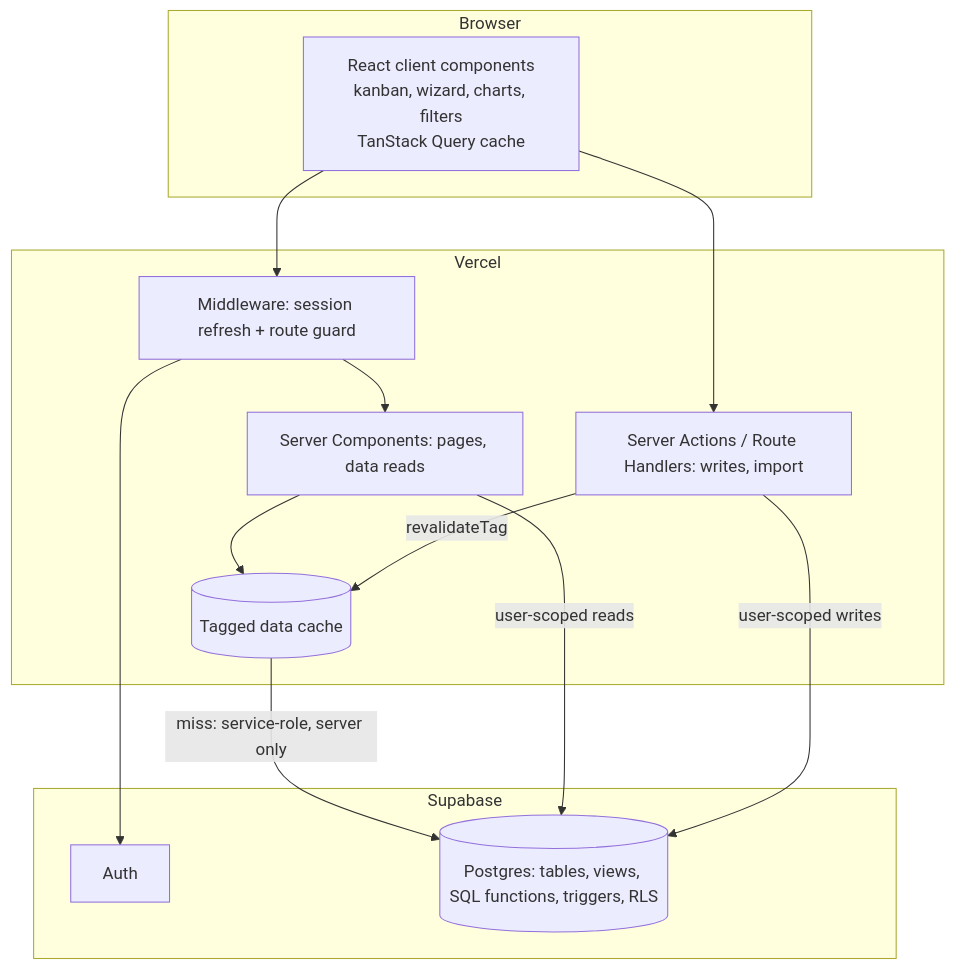
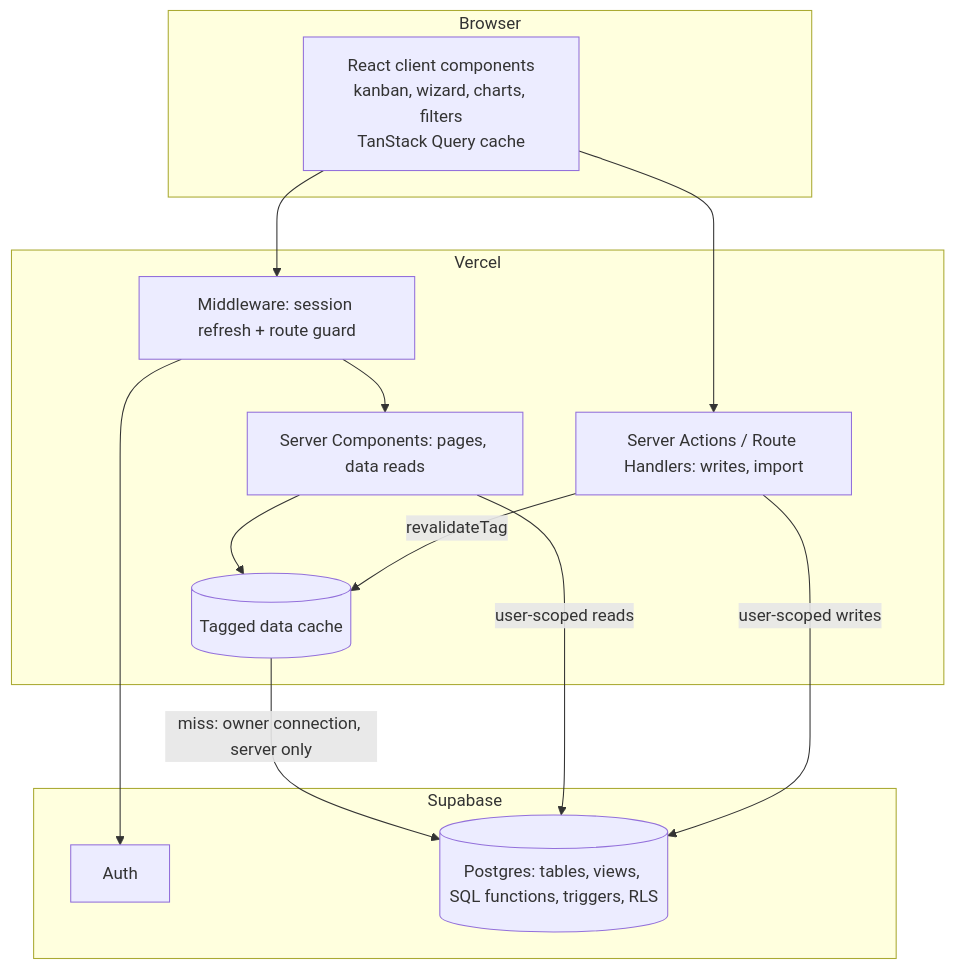
Before and after one commit to ashikulislamm/pse_dashboard: the second of 10 diagrams in ARCHITECURE.md, drawn with Mermaid. The commit also changed other lines of this file and 38 other files, not shown here.

````diff
--- a/ARCHITECURE.md
+++ b/ARCHITECURE.md
@@ -45,24 +45,24 @@
 ```mermaid
 flowchart TB
   subgraph Browser
     RC[React client components<br/>kanban, wizard, charts, filters<br/>TanStack Query cache]
   end
   subgraph Vercel
     MW[Middleware: session refresh + route guard]
     RSC[Server Components: pages, data reads]
     SA[Server Actions / Route Handlers: writes, import]
     DC[(Tagged data cache)]
   end
   subgraph Supabase
     AU[Auth]
     PG[(Postgres: tables, views, SQL functions, triggers, RLS)]
   end
   RC --> MW --> RSC
   RC --> SA
   RSC --> DC
-  DC -->|miss: service-role, server only| PG
+  DC -->|miss: owner connection, server only| PG
   RSC -->|user-scoped reads| PG
   SA -->|user-scoped writes| PG
   SA -->|revalidateTag| DC
   MW --> AU
 ```
````
